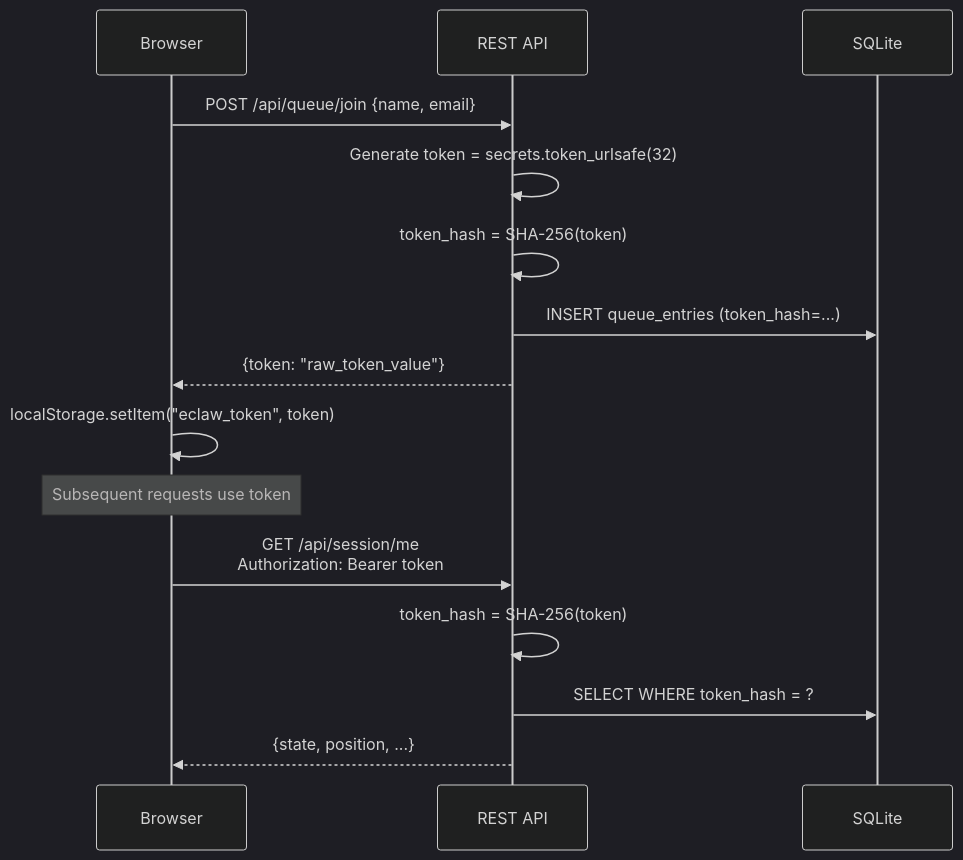
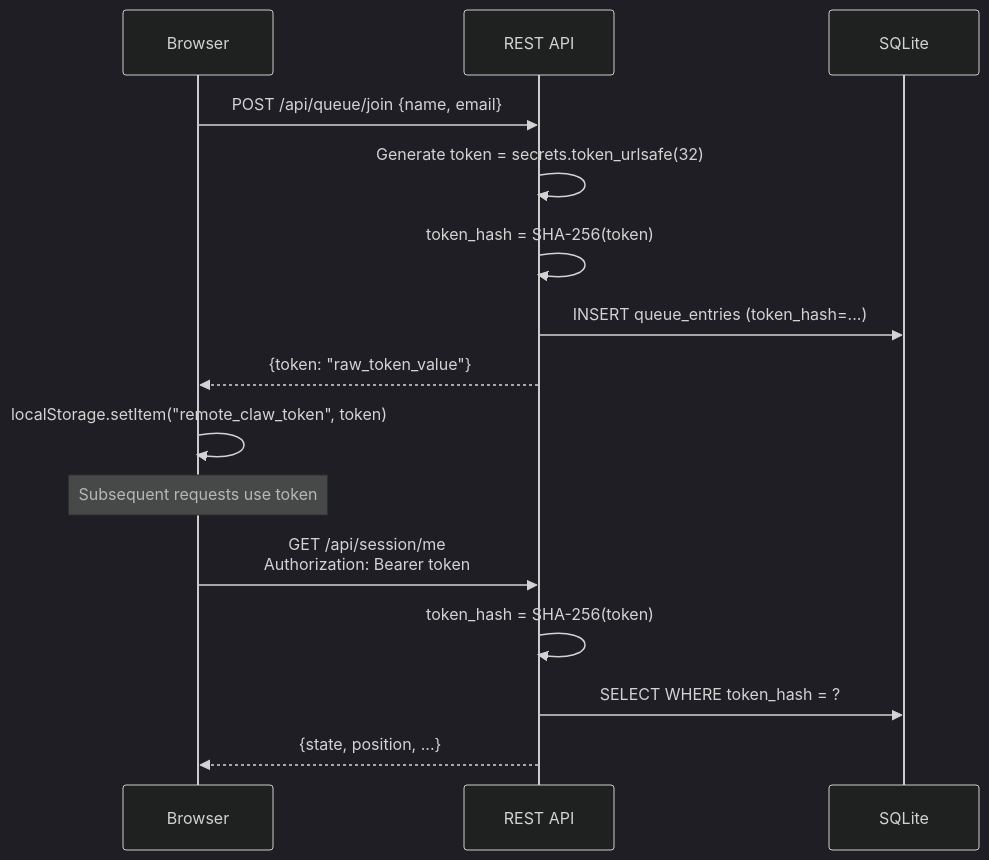
The tenth of 12 diagrams in docs/queue-flow.md (morroware/ECLAW), drawn with Mermaid (dark theme) before and after one commit. The commit also changed other lines of this file and 28 other files, not shown here.

First line of the commit message:
rename: replace ECLAW with Remote Claw across all project files

````diff
--- a/docs/queue-flow.md
+++ b/docs/queue-flow.md
@@ -655,20 +655,20 @@
 ```mermaid
 sequenceDiagram
     participant B as Browser
     participant API as REST API
     participant DB as SQLite
 
     B->>API: POST /api/queue/join {name, email}
     API->>API: Generate token = secrets.token_urlsafe(32)
     API->>API: token_hash = SHA-256(token)
     API->>DB: INSERT queue_entries (token_hash=...)
     API-->>B: {token: "raw_token_value"}
-    B->>B: localStorage.setItem("eclaw_token", token)
+    B->>B: localStorage.setItem("remote_claw_token", token)
 
     Note over B: Subsequent requests use token
 
     B->>API: GET /api/session/me<br/>Authorization: Bearer token
     API->>API: token_hash = SHA-256(token)
     API->>DB: SELECT WHERE token_hash = ?
     API-->>B: {state, position, ...}
 ```
````
